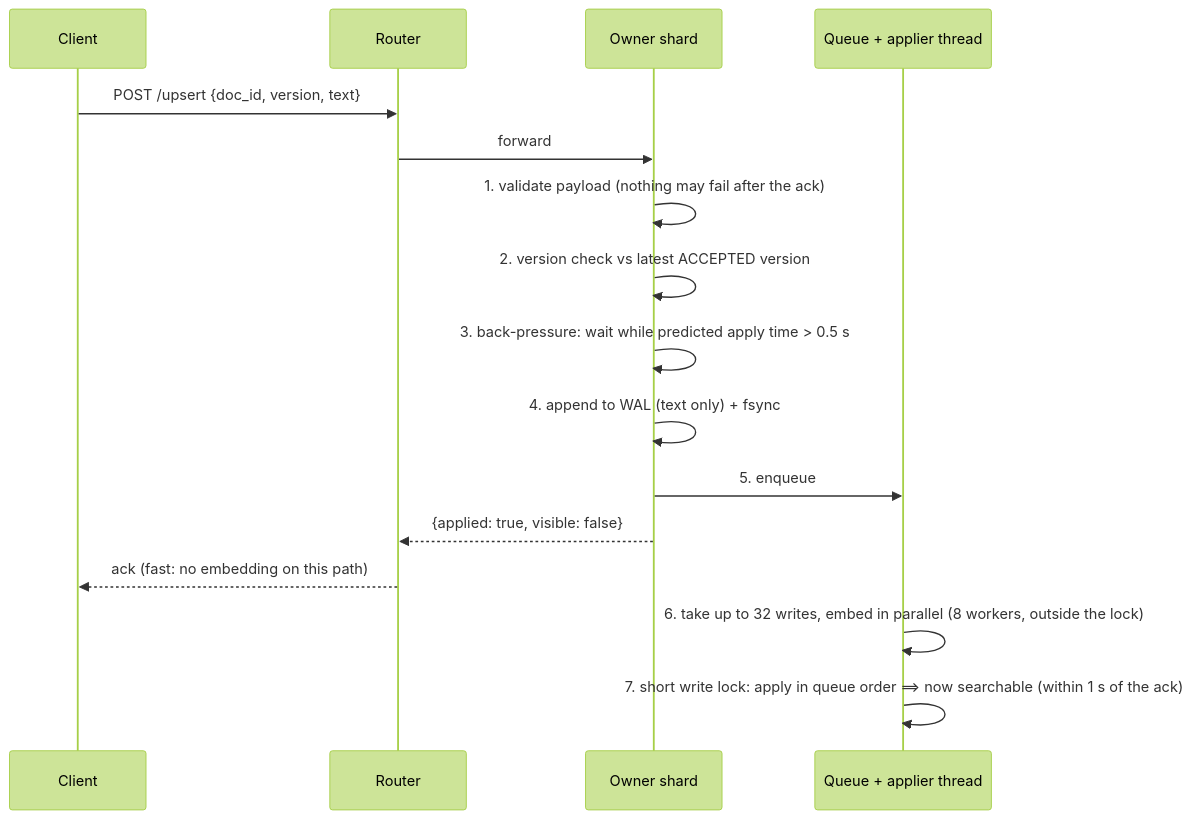
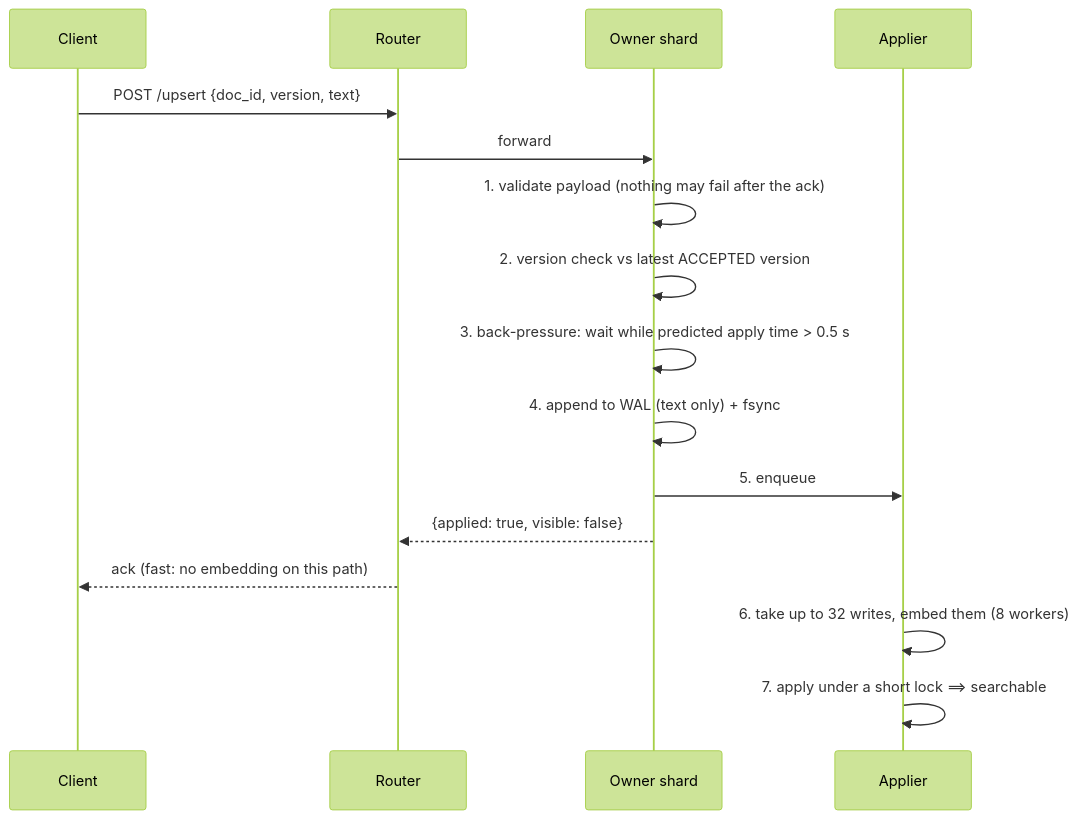
Before and after one commit to node31/fiqa-agentic-retrieval: the second of 2 diagrams in docs/09_live_updates_consistency.md, drawn with Mermaid (forest theme). The commit also changed 3 other files, not shown here.

Commit message:
Docs 05/07/10: replace box-drawing ASCII diagrams with mermaid (rendered and checked); tidy doc 09 async diagram labels

````diff
--- a/docs/09_live_updates_consistency.md
+++ b/docs/09_live_updates_consistency.md
@@ -65,18 +65,18 @@
 ```mermaid
 sequenceDiagram
   participant C as Client
   participant R as Router
   participant S as Owner shard
-  participant Q as Queue + applier thread
+  participant Q as Applier
   C->>R: POST /upsert {doc_id, version, text}
   R->>S: forward
   S->>S: 1. validate payload (nothing may fail after the ack)
   S->>S: 2. version check vs latest ACCEPTED version
   S->>S: 3. back-pressure: wait while predicted apply time > 0.5 s
   S->>S: 4. append to WAL (text only) + fsync
   S->>Q: 5. enqueue
   S-->>R: {applied: true, visible: false}
   R-->>C: ack (fast: no embedding on this path)
-  Q->>Q: 6. take up to 32 writes, embed in parallel (8 workers, outside the lock)
-  Q->>Q: 7. short write lock: apply in queue order  ==> now searchable (within 1 s of the ack)
+  Q->>Q: 6. take up to 32 writes, embed them (8 workers)
+  Q->>Q: 7. apply under a short lock ==> searchable
 ```
````
